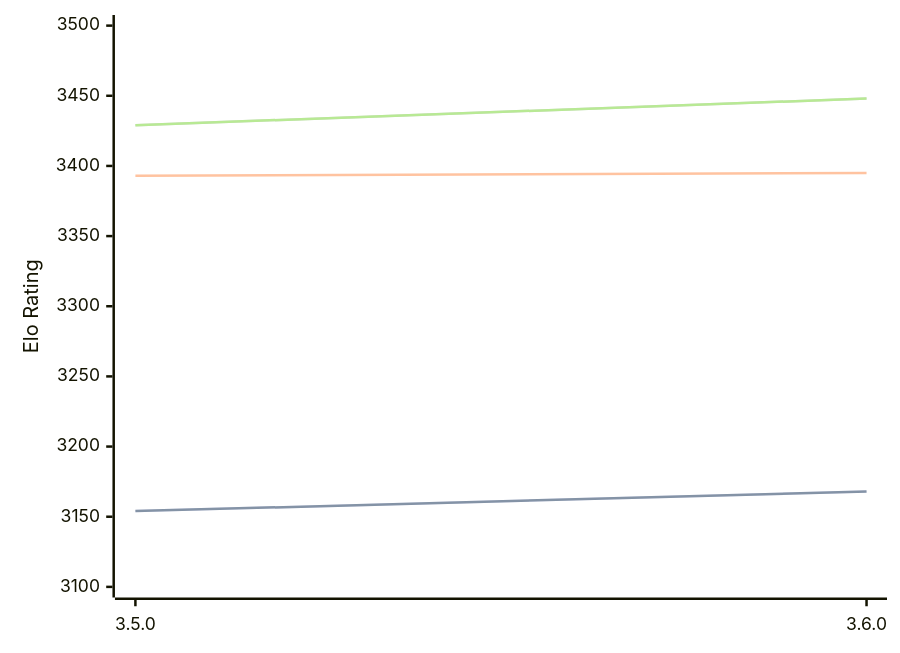
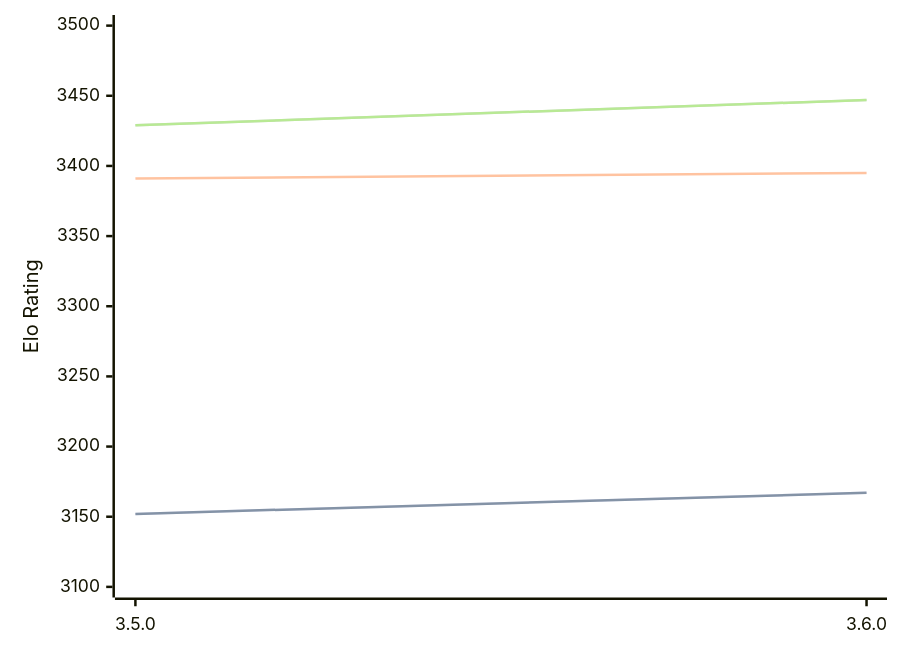
Before and after one commit to computer-chess-index/cci: the diagram in engines/Igel.md, drawn with Mermaid. The commit also changed other lines of this file, not shown here.

Commit message:
Update CCI Ratings (ELO VLTC) - 2026-08-04

````diff
--- a/engines/Igel.md
+++ b/engines/Igel.md
@@ -68,11 +68,11 @@
 ```mermaid
 %%{init: {"theme":"base","themeVariables":{"seriesColors:['#a3a3a3','#222221','#faa371']}}}%%
 xychart-beta
   x-axis ["3.5.0", "3.6.0"]
   y-axis "Elo Rating" 3100 --> 3500
-  line "STC (8.0+0.08s)" [3154, 3168]
-  line "STC (8.0+0.08s)" [3154, 3168]
-  line "LTC (60.0+0.60s)" [3393, 3395]
-  line "VLTC (2m24s+1.12s)" [3429, 3448]
-  line "VLTC (2m24s+1.12s)" [3429, 3448]
+  line "STC (8.0+0.08s)" [3152, 3167]
+  line "STC (8.0+0.08s)" [3152, 3167]
+  line "LTC (60.0+0.60s)" [3391, 3395]
+  line "VLTC (2m24s+1.12s)" [3429, 3447]
+  line "VLTC (2m24s+1.12s)" [3429, 3447]
 ```
````
